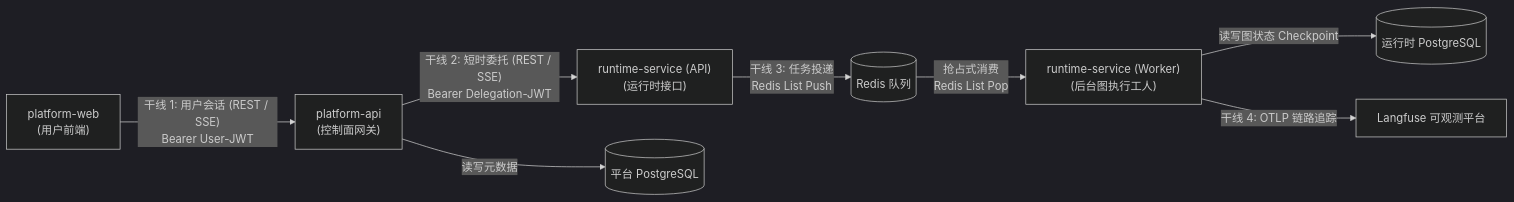
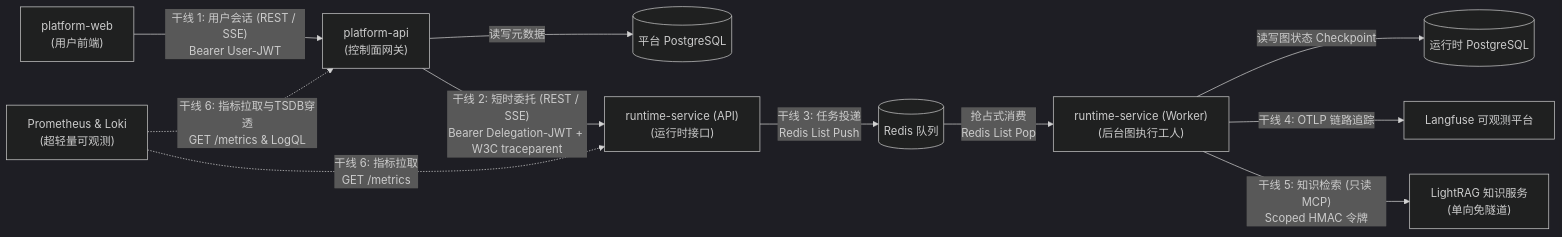
Before and after one commit to ljxpython/ai-agent-platform: the first of 2 diagrams in docs/architecture/02-cross-cutting/01-communication-matrix.md, drawn with Mermaid (dark theme). The commit also changed other lines of this file and 33 other files, not shown here.

First line of the commit message:
docs(architecture): 全面同步 10 月份 52 项核心能力与架构技术资产

````diff
--- a/docs/architecture/02-cross-cutting/01-communication-matrix.md
+++ b/docs/architecture/02-cross-cutting/01-communication-matrix.md
@@ -28,19 +28,24 @@
 ```mermaid
 flowchart LR
     Client["platform-web\n(用户前端)"]
     API["platform-api\n(控制面网关)"]
     RT["runtime-service (API)\n(运行时接口)"]
     Worker["runtime-service (Worker)\n(后台图执行工人)"]
     DB_Platform[(平台 PostgreSQL)]
     DB_Runtime[(运行时 PostgreSQL)]
     Redis[(Redis 队列)]
     Langfuse["Langfuse 可观测平台"]
+    Knowledge["LightRAG 知识服务\n(单向免隧道)"]
+    Observability["Prometheus & Loki\n(超轻量可观测)"]
 
     Client -->|"干线 1: 用户会话 (REST / SSE)\nBearer User-JWT"| API
     API -->|"读写元数据"| DB_Platform
-    API -->|"干线 2: 短时委托 (REST / SSE)\nBearer Delegation-JWT"| RT
+    API -->|"干线 2: 短时委托 (REST / SSE)\nBearer Delegation-JWT + W3C traceparent"| RT
     RT -->|"干线 3: 任务投递\nRedis List Push"| Redis
     Redis -->|"抢占式消费\nRedis List Pop"| Worker
     Worker -->|"读写图状态 Checkpoint"| DB_Runtime
     Worker -->|"干线 4: OTLP 链路追踪"| Langfuse
+    Worker -->|"干线 5: 知识检索 (只读 MCP)\nScoped HMAC 令牌"| Knowledge
+    Observability -.->|"干线 6: 指标拉取与TSDB穿透\nGET /metrics & LogQL"| API
+    Observability -.->|"干线 6: 指标拉取\nGET /metrics"| RT
 ```
````
